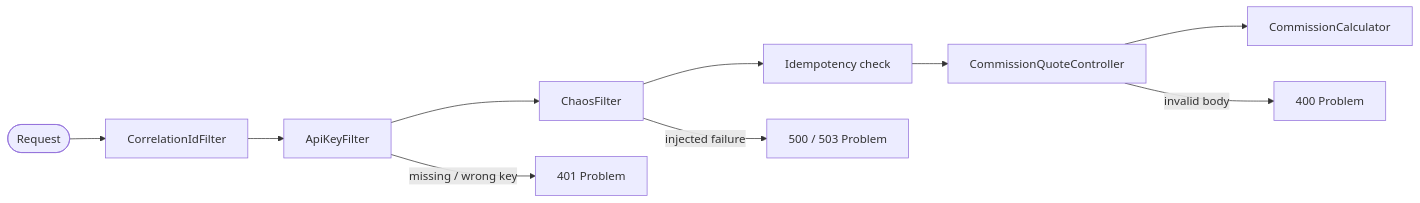
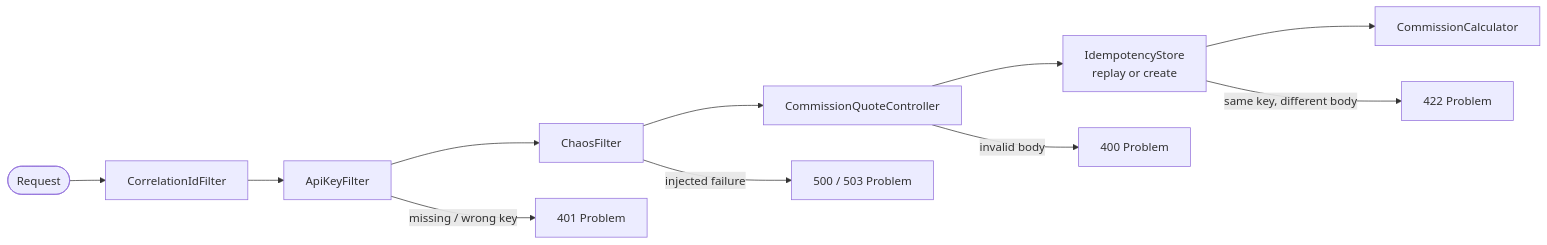
The third of 4 diagrams in docs/ARCHITECTURE.md (mail2krishnanrahul/CommissionQuoteAppCodingChallenge), drawn with Mermaid before and after one commit. The commit also changed other lines of this file and 4 other files, not shown here.

Commit message:
docs: finalise README, as-built architecture and agent guide

````diff
--- a/docs/ARCHITECTURE.md
+++ b/docs/ARCHITECTURE.md
@@ -95,7 +95,8 @@
 ```mermaid
 flowchart LR
-    req([Request]) --> CID[CorrelationIdFilter] --> AK[ApiKeyFilter] --> CH[ChaosFilter] --> IDEM[Idempotency check] --> CTRL[CommissionQuoteController] --> CALC[CommissionCalculator]
+    req([Request]) --> CID[CorrelationIdFilter] --> AK[ApiKeyFilter] --> CH[ChaosFilter] --> CTRL[CommissionQuoteController] --> IDEM[IdempotencyStore<br/>replay or create] --> CALC[CommissionCalculator]
+    IDEM -- same key, different body --> R422[422 Problem]
     AK -- missing / wrong key --> R401[401 Problem]
     CH -- injected failure --> R5xx[500 / 503 Problem]
     CTRL -- invalid body --> R400[400 Problem]
 ```
````
